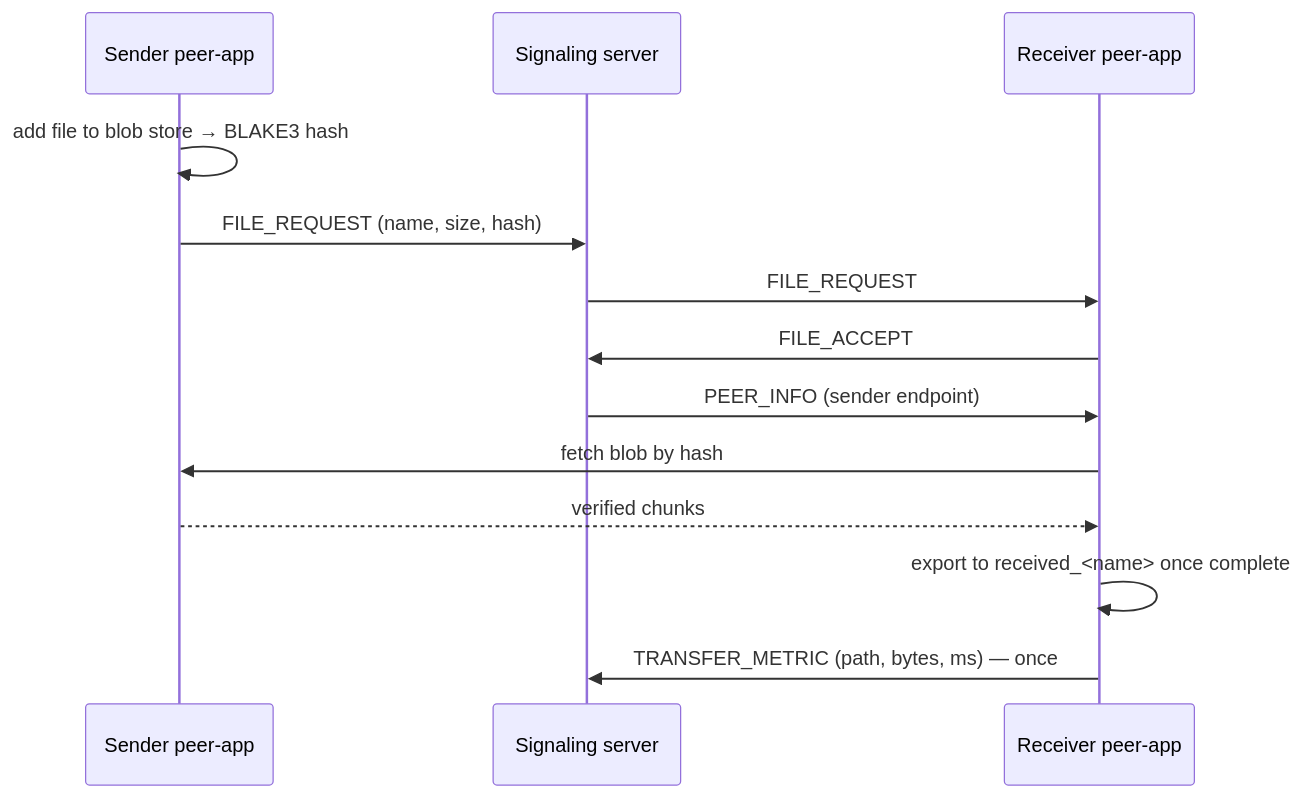
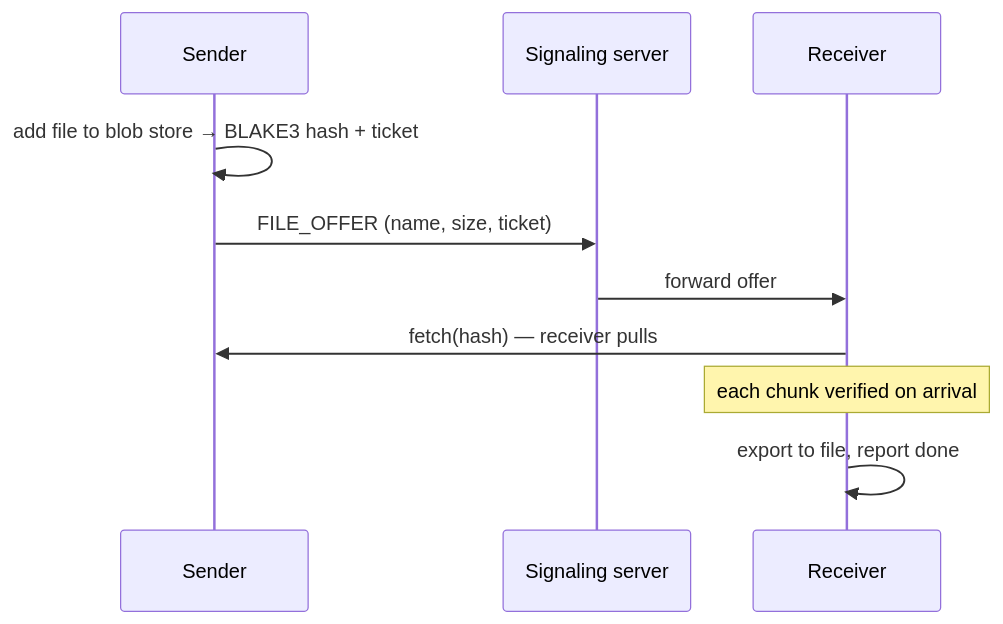
Before and after one commit to shobhit157/Aperture: the second of 2 diagrams in docs/future-plans/File-transfer-improvement-plan.md, drawn with Mermaid. The commit also changed other lines of this file, not shown here.

First line of the commit message:
Revise File Transfer Improvement Plan for Phase B

````diff
--- a/docs/future-plans/File-transfer-improvement-plan.md
+++ b/docs/future-plans/File-transfer-improvement-plan.md
@@ -64,16 +68,12 @@
 ```mermaid
 sequenceDiagram
-    participant S as Sender peer-app
-    participant SV as Signaling server
-    participant R as Receiver peer-app
-
-    S->>S: add file to blob store → BLAKE3 hash
-    S->>SV: FILE_REQUEST (name, size, hash)
-    SV->>R: FILE_REQUEST
-    R->>SV: FILE_ACCEPT
-    SV->>R: PEER_INFO (sender endpoint)
-    R->>S: fetch blob by hash
-    S-->>R: verified chunks
-    R->>R: export to received_<name> once complete
-    R->>SV: TRANSFER_METRIC (path, bytes, ms) — once
+  participant S as Sender
+  participant Srv as Signaling server
+  participant R as Receiver
+  S->>S: add file to blob store → BLAKE3 hash + ticket
+  S->>Srv: FILE_OFFER (name, size, ticket)
+  Srv->>R: forward offer
+  R->>S: fetch(hash) — receiver pulls
+  Note over R: each chunk verified on arrival
+  R->>R: export to file, report done
 ```
````
